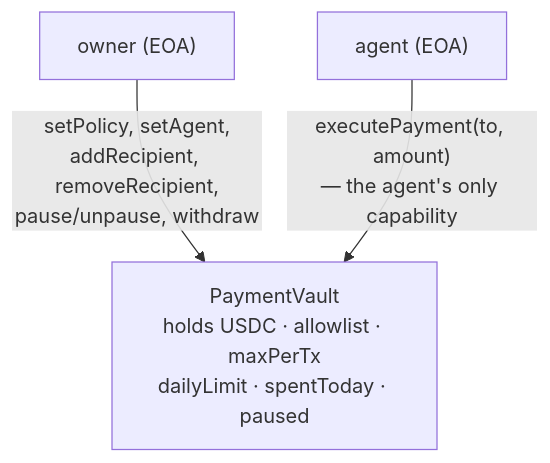
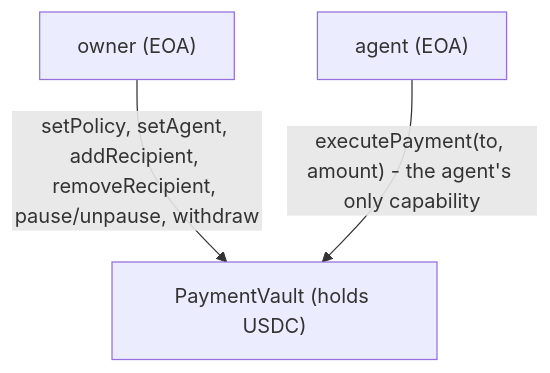
The diagram in README.md (0xeltoro/arc-payment-agent), drawn with Mermaid before and after one commit.

Commit message:
Simplify mermaid diagram labels for GitHub rendering
The <br/> tags and · separators inside quoted edge/node labels were
tripping GitHub's mermaid parser, rendering as a blank block. Plain-text
labels only; vault detail (allowlist, caps, etc.) is already covered in
the prose right above the diagram.

````diff
--- a/README.md
+++ b/README.md
@@ -13,9 +13,9 @@
 ```mermaid
 graph TD
     owner["owner (EOA)"]
     agent["agent (EOA)"]
-    vault["PaymentVault<br/>holds USDC · allowlist · maxPerTx<br/>dailyLimit · spentToday · paused"]
+    vault["PaymentVault (holds USDC)"]
 
-    owner -->|"setPolicy, setAgent,<br/>addRecipient, removeRecipient,<br/>pause/unpause, withdraw"| vault
-    agent -->|"executePayment(to, amount)<br/>— the agent's only capability"| vault
+    owner -->|"setPolicy, setAgent, addRecipient, removeRecipient, pause/unpause, withdraw"| vault
+    agent -->|"executePayment(to, amount) - the agent's only capability"| vault
 ```
````
